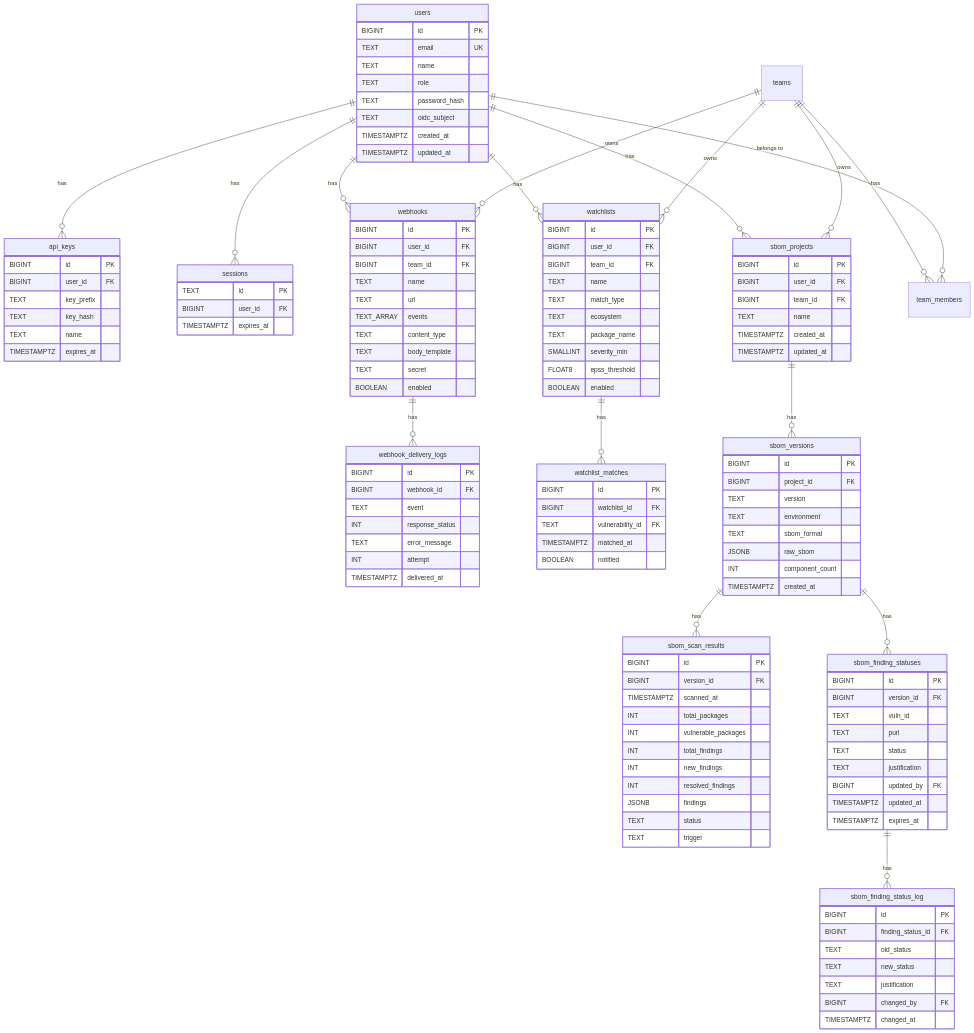
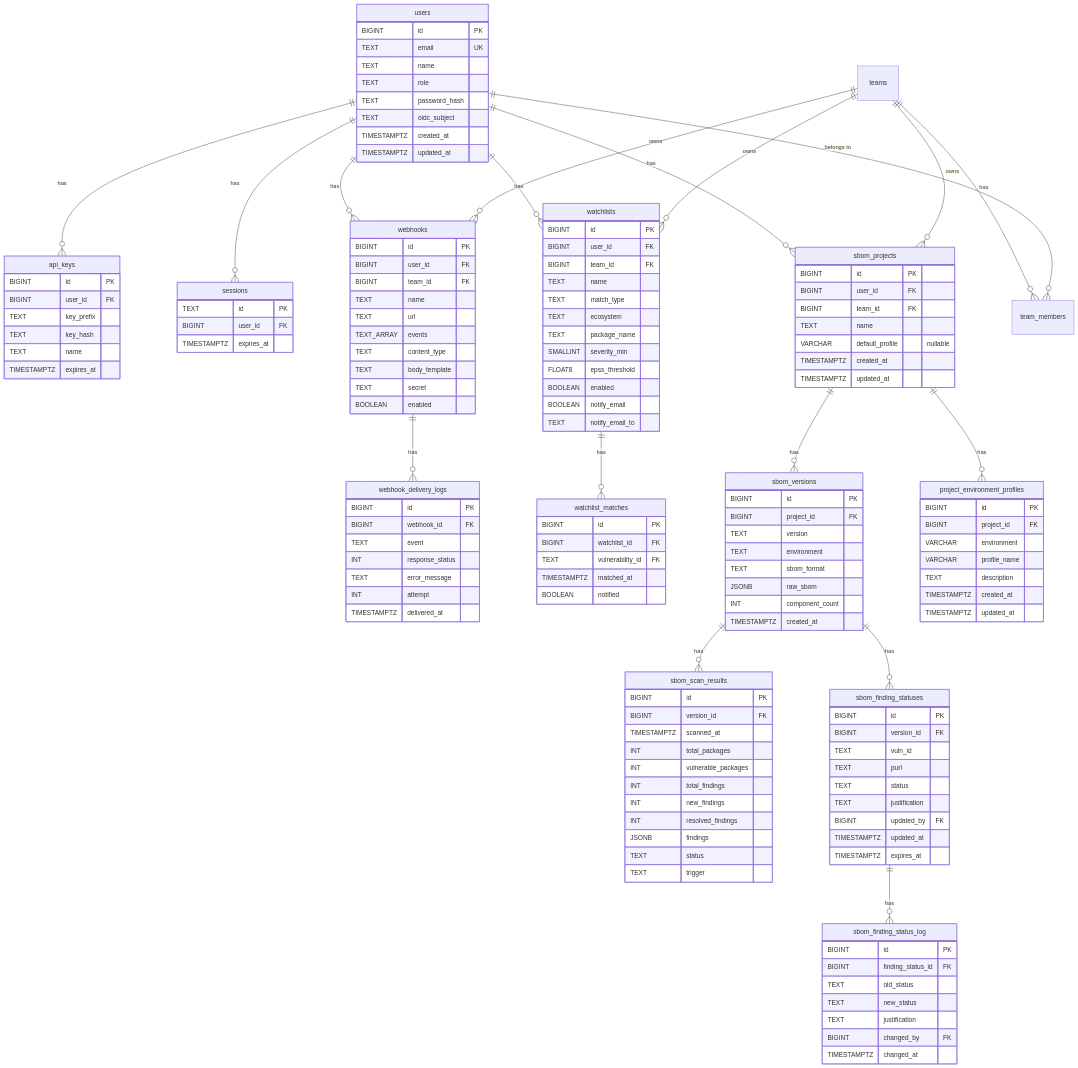
The ninth of 12 diagrams in .kiro/steering/erd.md (kato83/mayu), drawn with Mermaid before and after one commit. The commit also changed other lines of this file, not shown here.

First line of the commit message:
docs: sync erd.md with actual database schema

```diff
--- a/.kiro/steering/erd.md
+++ b/.kiro/steering/erd.md
@@ -1231,6 +1384,8 @@
         SMALLINT severity_min
         FLOAT8 epss_threshold
         BOOLEAN enabled
+        BOOLEAN notify_email
+        TEXT notify_email_to
     }
 
     watchlist_matches {
@@ -1246,6 +1401,7 @@
         BIGINT user_id FK
         BIGINT team_id FK
         TEXT name
+        VARCHAR default_profile "nullable"
         TIMESTAMPTZ created_at
         TIMESTAMPTZ updated_at
     }
@@ -1297,6 +1453,16 @@
         TIMESTAMPTZ changed_at
     }
 
+    project_environment_profiles {
+        BIGINT id PK
+        BIGINT project_id FK
+        VARCHAR environment
+        VARCHAR profile_name
+        TEXT description
+        TIMESTAMPTZ created_at
+        TIMESTAMPTZ updated_at
+    }
+
     users ||--o{ api_keys : "has"
     users ||--o{ sessions : "has"
     users ||--o{ team_members : "belongs to"
@@ -1310,6 +1476,7 @@
     webhooks ||--o{ webhook_delivery_logs : "has"
     watchlists ||--o{ watchlist_matches : "has"
     sbom_projects ||--o{ sbom_versions : "has"
+    sbom_projects ||--o{ project_environment_profiles : "has"
     sbom_versions ||--o{ sbom_scan_results : "has"
     sbom_versions ||--o{ sbom_finding_statuses : "has"
     sbom_finding_statuses ||--o{ sbom_finding_status_log : "has"
```
